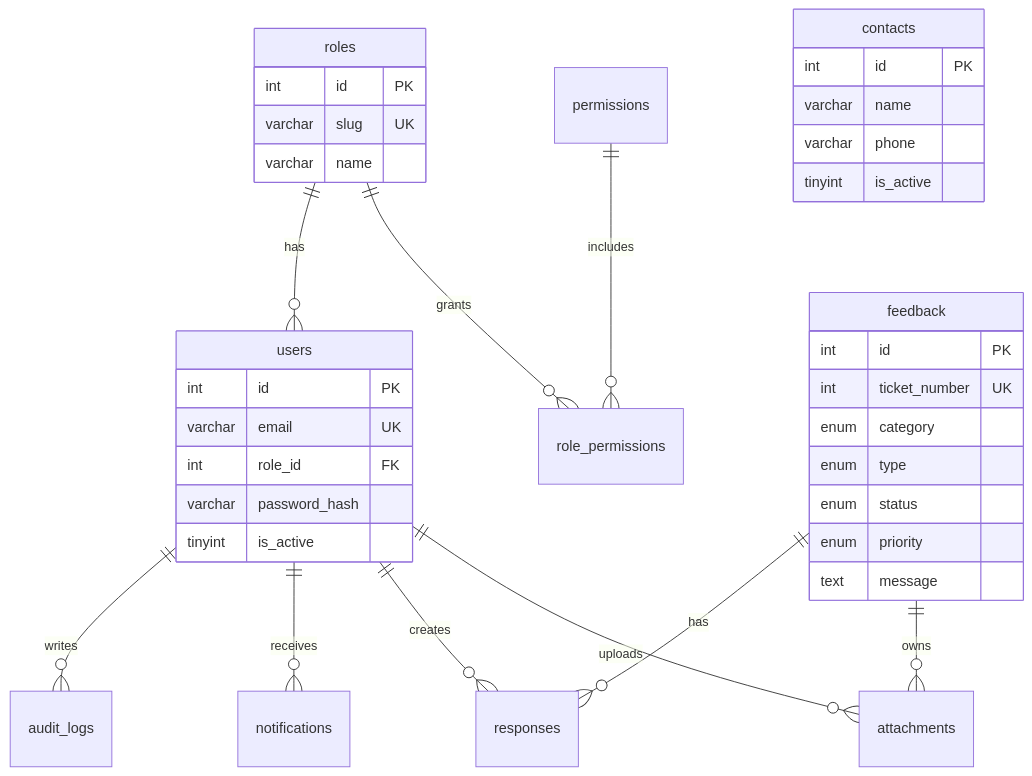
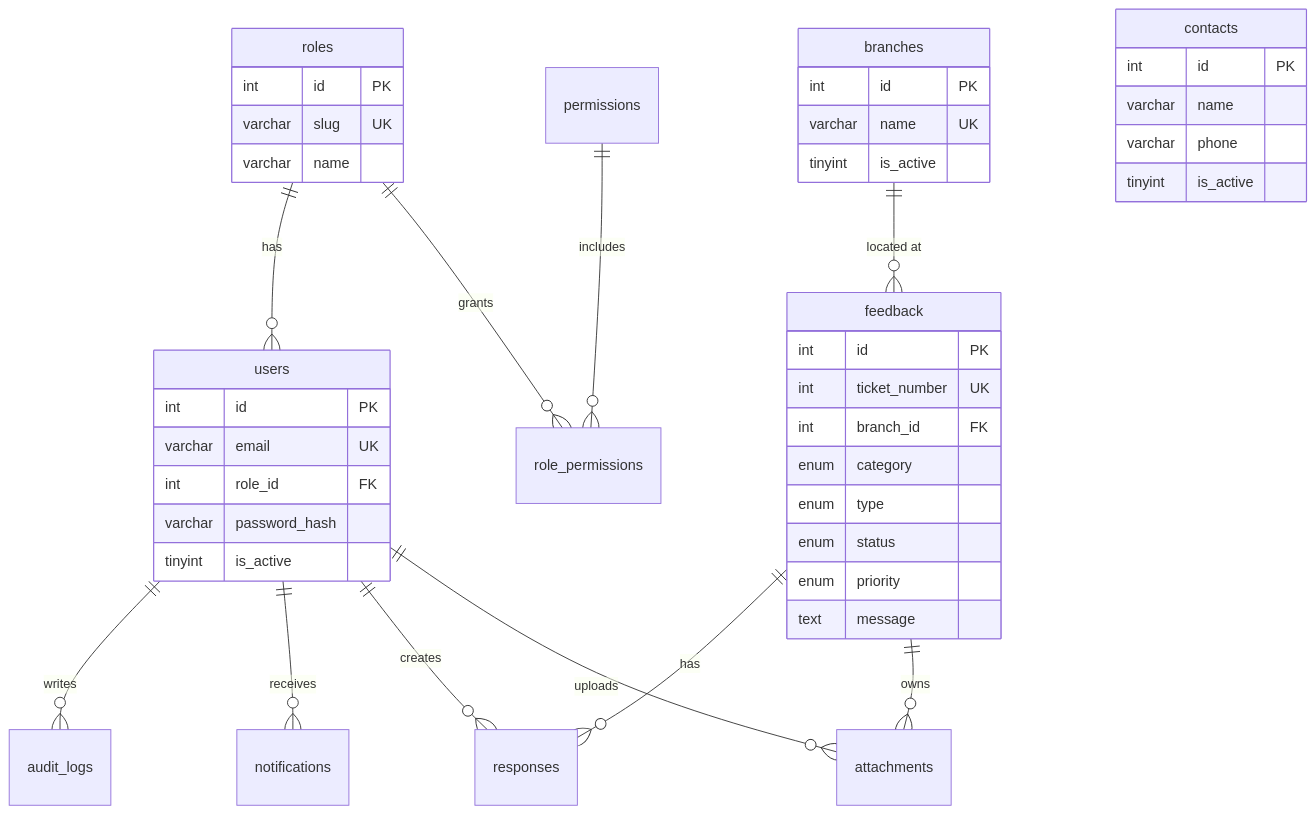
One commit to Wanderajonah/cfms-php changed the diagram in database/ER_DIAGRAM.md. Above: the diagram before and after it, drawn with Mermaid. The commit also changed 19 other files, not shown here.

````diff
--- a/database/ER_DIAGRAM.md
+++ b/database/ER_DIAGRAM.md
@@ -3,40 +3,47 @@
 ```mermaid
 erDiagram
     roles ||--o{ users : has
     roles ||--o{ role_permissions : grants
     permissions ||--o{ role_permissions : includes
     users ||--o{ audit_logs : writes
     users ||--o{ notifications : receives
     users ||--o{ responses : creates
     feedback ||--o{ responses : has
     feedback ||--o{ attachments : owns
     users ||--o{ attachments : uploads
+    branches ||--o{ feedback : "located at"
 
     roles {
       int id PK
       varchar slug UK
       varchar name
     }
     users {
       int id PK
       varchar email UK
       int role_id FK
       varchar password_hash
       tinyint is_active
     }
+    branches {
+      int id PK
+      varchar name UK
+      tinyint is_active
+    }
     feedback {
       int id PK
       int ticket_number UK
+      int branch_id FK
       enum category
       enum type
       enum status
       enum priority
       text message
     }
     contacts {
       int id PK
       varchar name
       varchar phone
       tinyint is_active
     }
 ```
````
